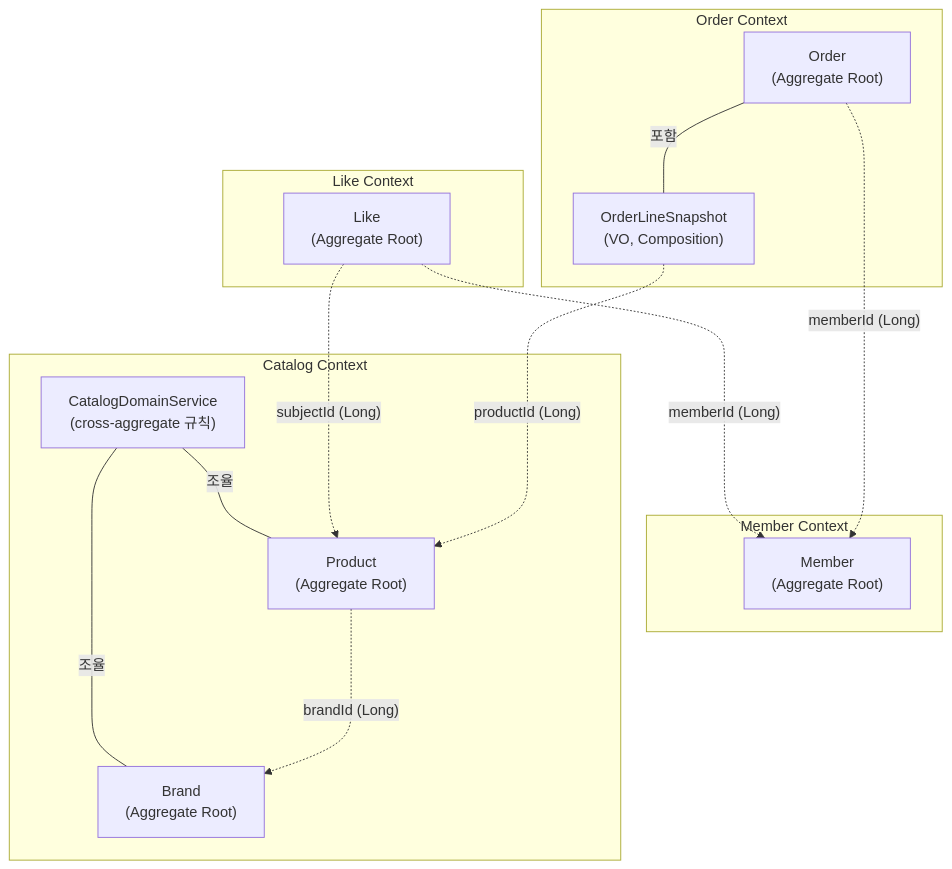
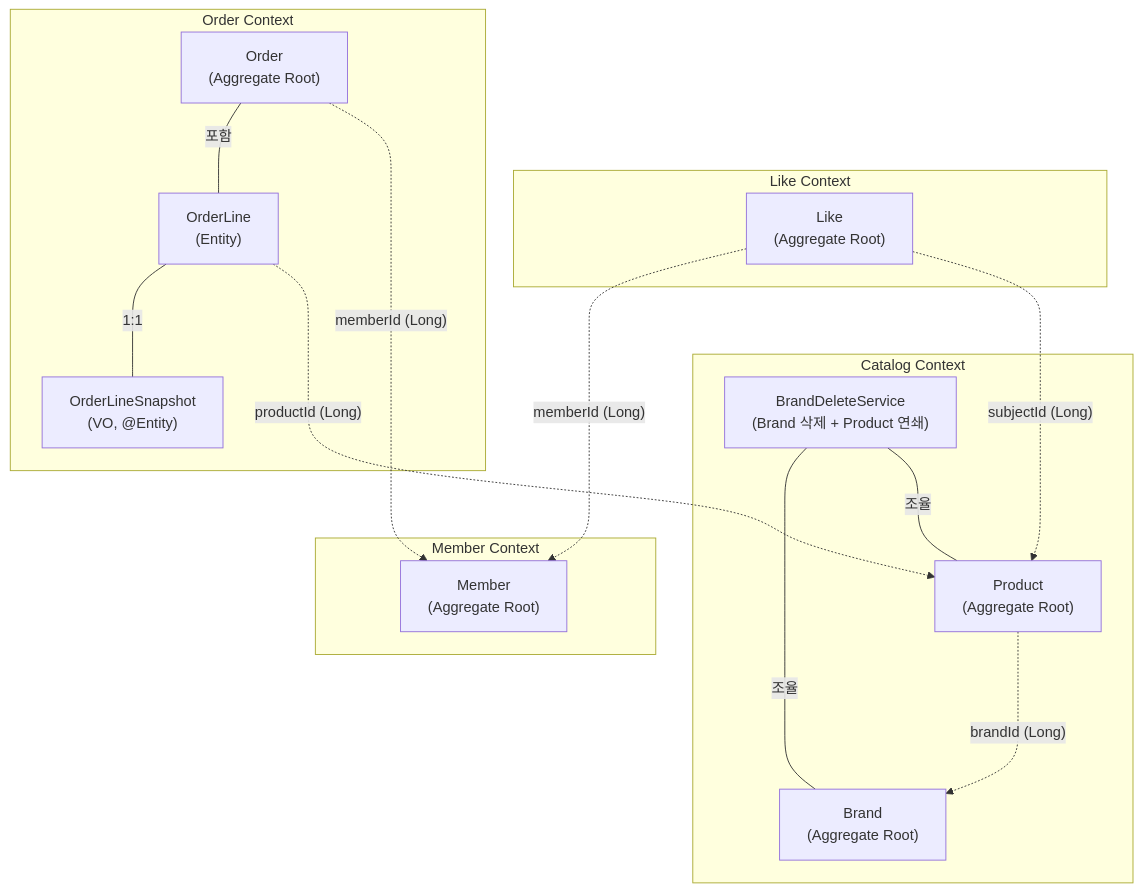
The fifth of 8 diagrams in docs/design/06-architecture.md (APapeIsName/loop-pack-be-l2-vol3-java), drawn with Mermaid before and after one commit. The commit also changed other lines of this file and 66 other files, not shown here.

Commit message:
feat: Brand/Product 기능 구현

````diff
--- a/docs/design/06-architecture.md
+++ b/docs/design/06-architecture.md
@@ -546,30 +548,32 @@
 ```mermaid
 graph TB
     subgraph MemberBC["Member Context"]
         M["Member\n(Aggregate Root)"]
     end
 
     subgraph CatalogBC["Catalog Context"]
         B["Brand\n(Aggregate Root)"]
         P["Product\n(Aggregate Root)"]
-        CDS["CatalogDomainService\n(cross-aggregate 규칙)"]
+        CDS["BrandDeleteService\n(Brand 삭제 + Product 연쇄)"]
         CDS ---|"조율"| B
         CDS ---|"조율"| P
     end
 
     subgraph LikeBC["Like Context"]
         L["Like\n(Aggregate Root)"]
     end
 
     subgraph OrderBC["Order Context"]
         O["Order\n(Aggregate Root)"]
-        OLS["OrderLineSnapshot\n(VO, Composition)"]
-        O ---|"포함"| OLS
+        OL["OrderLine\n(Entity)"]
+        OLS["OrderLineSnapshot\n(VO, @Entity)"]
+        O ---|"포함"| OL
+        OL ---|"1:1"| OLS
     end
 
     P -..->|"brandId (Long)"| B
     L -..->|"memberId (Long)"| M
     L -..->|"subjectId (Long)"| P
     O -..->|"memberId (Long)"| M
-    OLS -..->|"productId (Long)"| P
+    OL -..->|"productId (Long)"| P
 ```
````
